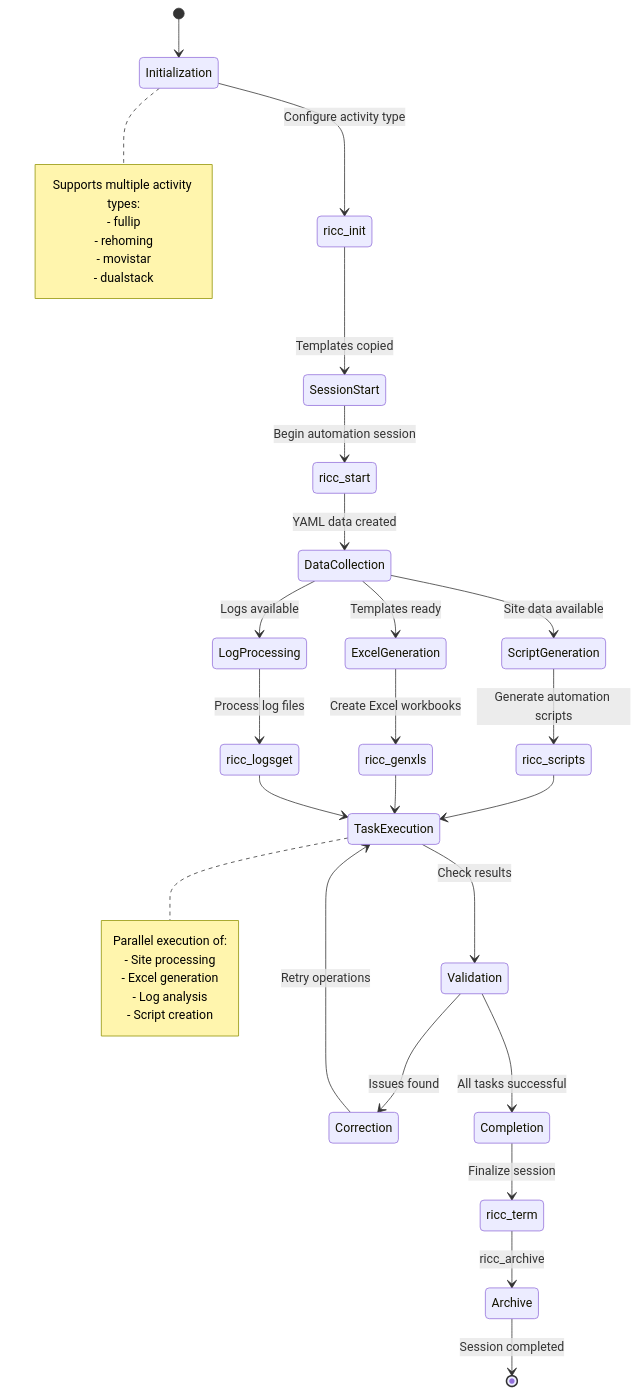
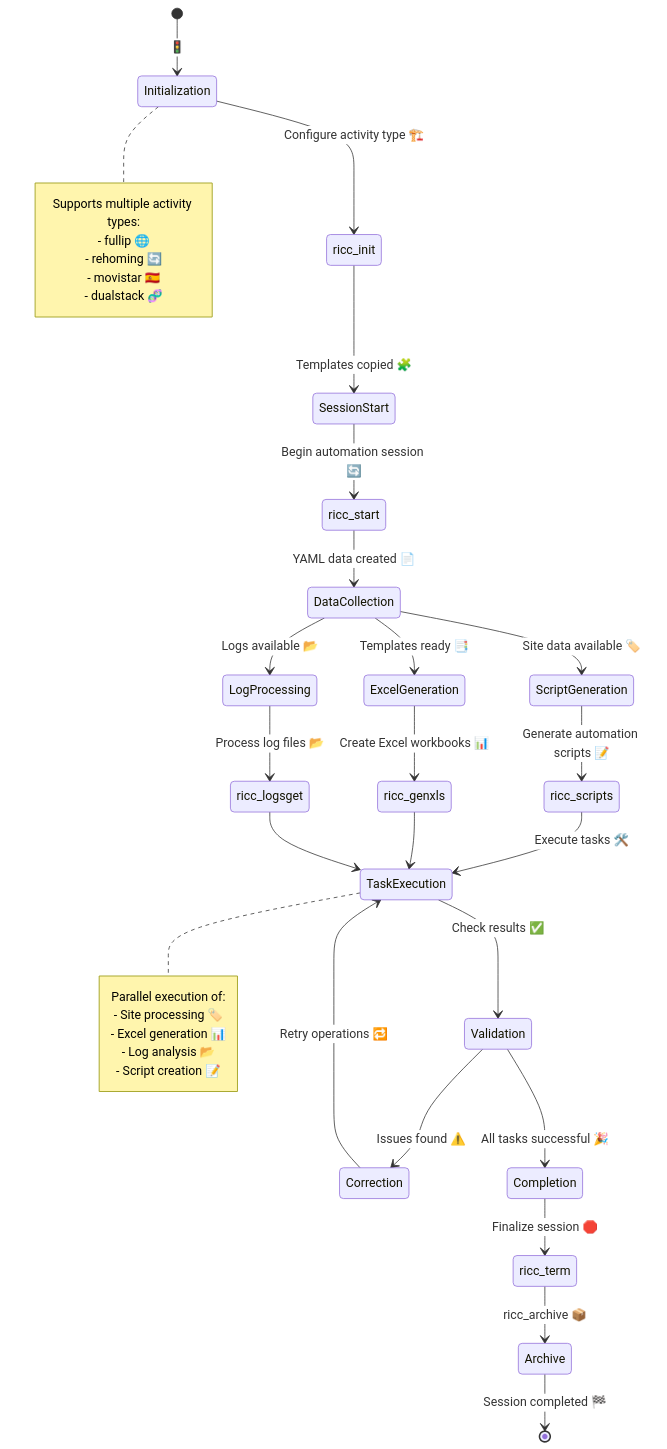
One commit to enogrob/project-automation-mop changed the third of 4 diagrams in README.md. Above: the diagram before and after it, drawn with Mermaid. The commit also changed other lines of this file, not shown here.

````diff
--- a/README.md
+++ b/README.md
@@ -171,45 +183,46 @@
 ```mermaid
+%%{init: { 'themeVariables': { 'primaryColor': '#e0f7fa', 'edgeLabelBackground':'#fff', 'fontSize': '16px', 'fontFamily': 'Inter, Arial', 'nodeTextColor': '#333', 'secondaryColor': '#f6e7ff', 'tertiaryColor': '#ffe0e0', 'background': '#f9f9fb' } } }%%
 stateDiagram-v2
-    [*] --> Initialization
-    Initialization --> ricc_init : Configure activity type
-    ricc_init --> SessionStart : Templates copied
-    SessionStart --> ricc_start : Begin automation session
-    ricc_start --> DataCollection : YAML data created
+    [*] --> Initialization: 🚦
+    Initialization --> ricc_init: Configure activity type 🏗️
+    ricc_init --> SessionStart: Templates copied 🧩
+    SessionStart --> ricc_start: Begin automation session 🔄
+    ricc_start --> DataCollection: YAML data created 📄
     
-    DataCollection --> ScriptGeneration : Site data available
-    DataCollection --> ExcelGeneration : Templates ready
-    DataCollection --> LogProcessing : Logs available
+    DataCollection --> ScriptGeneration: Site data available 🏷️
+    DataCollection --> ExcelGeneration: Templates ready 📑
+    DataCollection --> LogProcessing: Logs available 📂
     
-    ScriptGeneration --> ricc_scripts : Generate automation scripts
-    ExcelGeneration --> ricc_genxls : Create Excel workbooks
-    LogProcessing --> ricc_logsget : Process log files
+    ScriptGeneration --> ricc_scripts: Generate automation scripts 📝
+    ExcelGeneration --> ricc_genxls: Create Excel workbooks 📊
+    LogProcessing --> ricc_logsget: Process log files 📂
     
-    ricc_scripts --> TaskExecution
+    ricc_scripts --> TaskExecution: Execute tasks 🛠️
     ricc_genxls --> TaskExecution
     ricc_logsget --> TaskExecution
     
-    TaskExecution --> Validation : Check results
-    Validation --> Correction : Issues found
-    Validation --> Completion : All tasks successful
-    Correction --> TaskExecution : Retry operations
+    TaskExecution --> Validation: Check results ✅
+    Validation --> Correction: Issues found ⚠️
+    Validation --> Completion: All tasks successful 🎉
+    Correction --> TaskExecution: Retry operations 🔁
     
-    Completion --> ricc_term : Finalize session
-    ricc_term --> Archive : ricc_archive
-    Archive --> [*] : Session completed
+    Completion --> ricc_term: Finalize session 🛑
+    ricc_term --> Archive: ricc_archive 📦
+    Archive --> [*]: Session completed 🏁
     
     note right of Initialization
         Supports multiple activity types:
-        - fullip
-        - rehoming
-        - movistar
-        - dualstack
+        - fullip 🌐
+        - rehoming 🔄
+        - movistar 🇪🇸
+        - dualstack 🧬
     end note
     
     note right of TaskExecution
         Parallel execution of:
-        - Site processing
-        - Excel generation
-        - Log analysis
-        - Script creation
+        - Site processing 🏷️
+        - Excel generation 📊
+        - Log analysis 📂
+        - Script creation 📝
     end note
 ```
````
